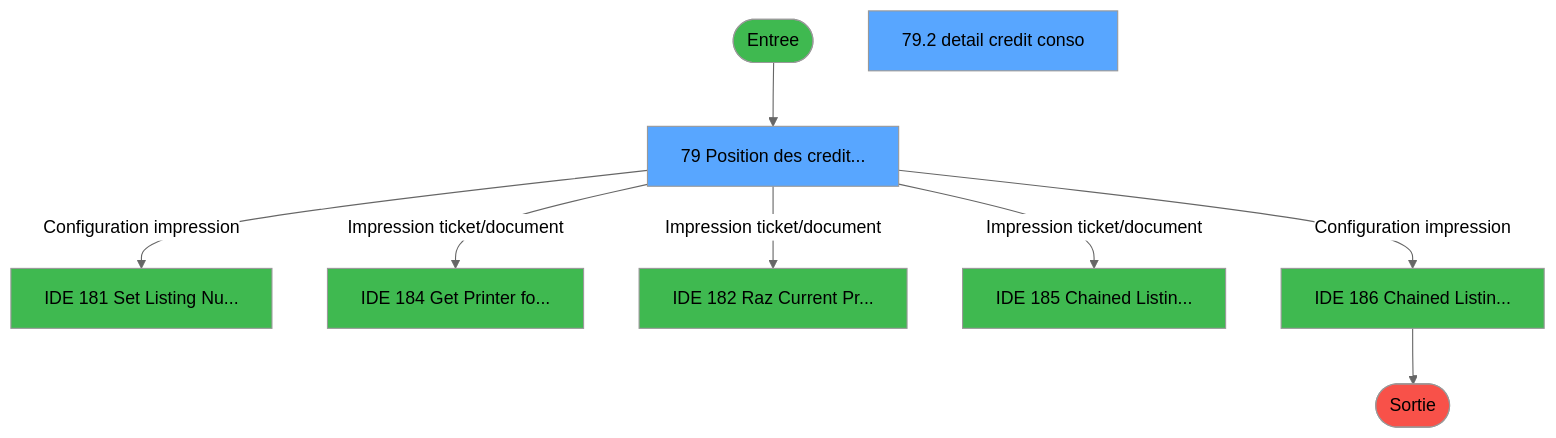
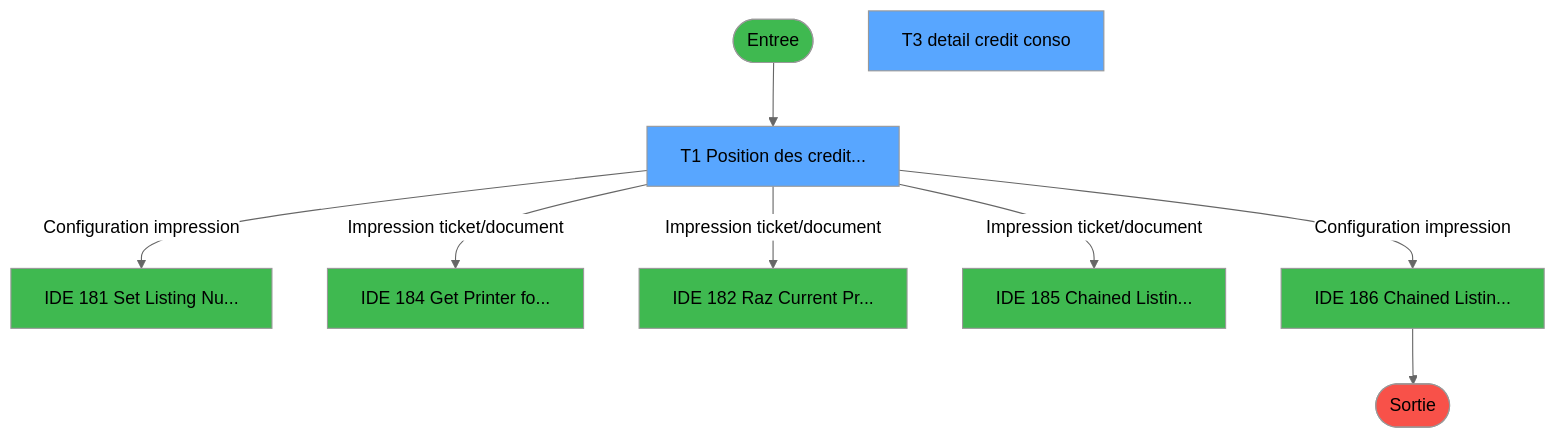
One commit to thonyAGP/magic-migration changed the first of 4 diagrams in .openspec/specs/ADH-IDE-79.md. Above: the diagram before and after it, drawn with Mermaid (neutral theme). The commit also changed other lines of this file and 311 other files, not shown here.

````diff
--- a/.openspec/specs/ADH-IDE-79.md
+++ b/.openspec/specs/ADH-IDE-79.md
@@ -803,28 +803,28 @@
 ```mermaid
 flowchart TD
     START([Entree])
     style START fill:#3fb950
-    VF1[79 Position des credit...]
+    VF1[T1 Position des credit...]
     style VF1 fill:#58a6ff
-    VF3[79.2 detail credit conso]
+    VF3[T3 detail credit conso]
     style VF3 fill:#58a6ff
     EXT181[IDE 181 Set Listing Nu...]
     style EXT181 fill:#3fb950
     EXT184[IDE 184 Get Printer fo...]
     style EXT184 fill:#3fb950
     EXT182[IDE 182 Raz Current Pr...]
     style EXT182 fill:#3fb950
     EXT185[IDE 185 Chained Listin...]
     style EXT185 fill:#3fb950
     EXT186[IDE 186 Chained Listin...]
     style EXT186 fill:#3fb950
     FIN([Sortie])
     style FIN fill:#f85149
     START --> VF1
     VF1 -->|Configuration impression| EXT181
     VF1 -->|Impression ticket/document| EXT184
     VF1 -->|Impression ticket/document| EXT182
     VF1 -->|Impression ticket/document| EXT185
     VF1 -->|Configuration impression| EXT186
     EXT186 --> FIN
 ```
````
